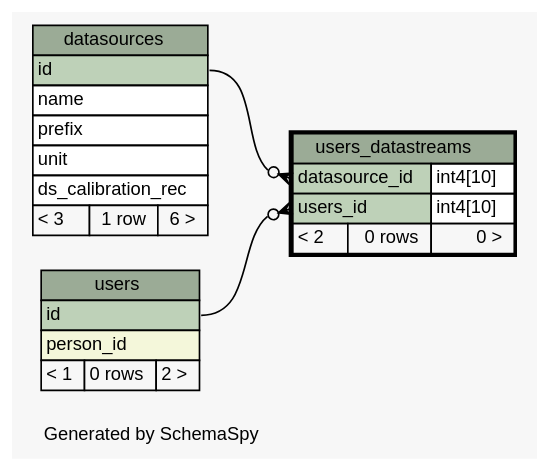
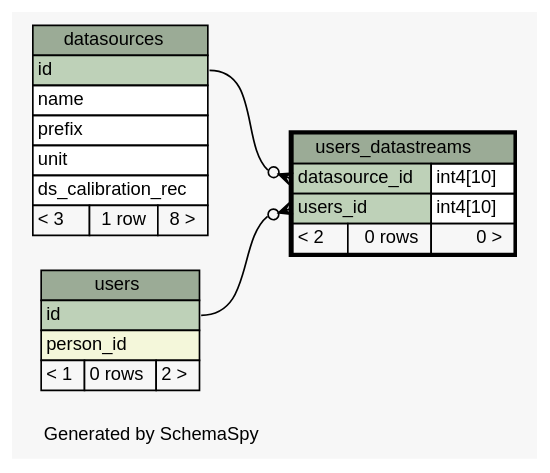
One commit to tgbugs/mlab changed the diagram in database/ss/diagrams/users_datastreams.1degree.dot. Above: the diagram before and after it, drawn with Graphviz. The commit also changed 153 other files, not shown here.

```diff
--- a/database/ss/diagrams/users_datastreams.1degree.dot
+++ b/database/ss/diagrams/users_datastreams.1degree.dot
@@ -1,60 +1,60 @@
 // dot 2.32.0 on Windows 7 6.1
 // SchemaSpy rev 590
 digraph "oneDegreeRelationshipsDiagram" {
   graph [
     rankdir="RL"
     bgcolor="#f7f7f7"
     label="\nGenerated by SchemaSpy"
     labeljust="l"
     nodesep="0.18"
     ranksep="0.46"
     fontname="Helvetica"
     fontsize="11"
   ];
   node [
     fontname="Helvetica"
     fontsize="11"
     shape="plaintext"
   ];
   edge [
     arrowsize="0.8"
   ];
   "users_datastreams":"datasource_id":w -> "datasources":"id":e [arrowhead=none dir=back arrowtail=crowodot];
   "users_datastreams":"users_id":w -> "users":"id":e [arrowhead=none dir=back arrowtail=crowodot];
   "datasources" [
     label=<
     <TABLE BORDER="0" CELLBORDER="1" CELLSPACING="0" BGCOLOR="#ffffff">
       <TR><TD COLSPAN="3" BGCOLOR="#9bab96" ALIGN="CENTER">datasources</TD></TR>
       <TR><TD PORT="id" COLSPAN="3" BGCOLOR="#bed1b8" ALIGN="LEFT">id</TD></TR>
       <TR><TD PORT="name" COLSPAN="3" ALIGN="LEFT">name</TD></TR>
       <TR><TD PORT="prefix" COLSPAN="3" ALIGN="LEFT">prefix</TD></TR>
       <TR><TD PORT="unit" COLSPAN="3" ALIGN="LEFT">unit</TD></TR>
       <TR><TD PORT="ds_calibration_rec" COLSPAN="3" ALIGN="LEFT">ds_calibration_rec</TD></TR>
-      <TR><TD ALIGN="LEFT" BGCOLOR="#f7f7f7">&lt; 3</TD><TD ALIGN="RIGHT" BGCOLOR="#f7f7f7">1 row</TD><TD ALIGN="RIGHT" BGCOLOR="#f7f7f7">6 &gt;</TD></TR>
+      <TR><TD ALIGN="LEFT" BGCOLOR="#f7f7f7">&lt; 3</TD><TD ALIGN="RIGHT" BGCOLOR="#f7f7f7">1 row</TD><TD ALIGN="RIGHT" BGCOLOR="#f7f7f7">8 &gt;</TD></TR>
     </TABLE>>
     URL="datasources.html"
     tooltip="datasources"
   ];
   "users" [
     label=<
     <TABLE BORDER="0" CELLBORDER="1" CELLSPACING="0" BGCOLOR="#ffffff">
       <TR><TD COLSPAN="3" BGCOLOR="#9bab96" ALIGN="CENTER">users</TD></TR>
       <TR><TD PORT="id" COLSPAN="3" BGCOLOR="#bed1b8" ALIGN="LEFT">id</TD></TR>
       <TR><TD PORT="person_id" COLSPAN="3" BGCOLOR="#f4f7da" ALIGN="LEFT">person_id</TD></TR>
       <TR><TD ALIGN="LEFT" BGCOLOR="#f7f7f7">&lt; 1</TD><TD ALIGN="RIGHT" BGCOLOR="#f7f7f7">0 rows</TD><TD ALIGN="RIGHT" BGCOLOR="#f7f7f7">2 &gt;</TD></TR>
     </TABLE>>
     URL="users.html"
     tooltip="users"
   ];
   "users_datastreams" [
     label=<
     <TABLE BORDER="2" CELLBORDER="1" CELLSPACING="0" BGCOLOR="#ffffff">
       <TR><TD COLSPAN="3" BGCOLOR="#9bab96" ALIGN="CENTER">users_datastreams</TD></TR>
       <TR><TD PORT="datasource_id" COLSPAN="2" BGCOLOR="#bed1b8" ALIGN="LEFT">datasource_id</TD><TD PORT="datasource_id.type" ALIGN="LEFT">int4[10]</TD></TR>
       <TR><TD PORT="users_id" COLSPAN="2" BGCOLOR="#bed1b8" ALIGN="LEFT">users_id</TD><TD PORT="users_id.type" ALIGN="LEFT">int4[10]</TD></TR>
       <TR><TD ALIGN="LEFT" BGCOLOR="#f7f7f7">&lt; 2</TD><TD ALIGN="RIGHT" BGCOLOR="#f7f7f7">0 rows</TD><TD ALIGN="RIGHT" BGCOLOR="#f7f7f7">0 &gt;</TD></TR>
     </TABLE>>
     URL="users_datastreams.html"
     tooltip="users_datastreams"
   ];
 }
```
